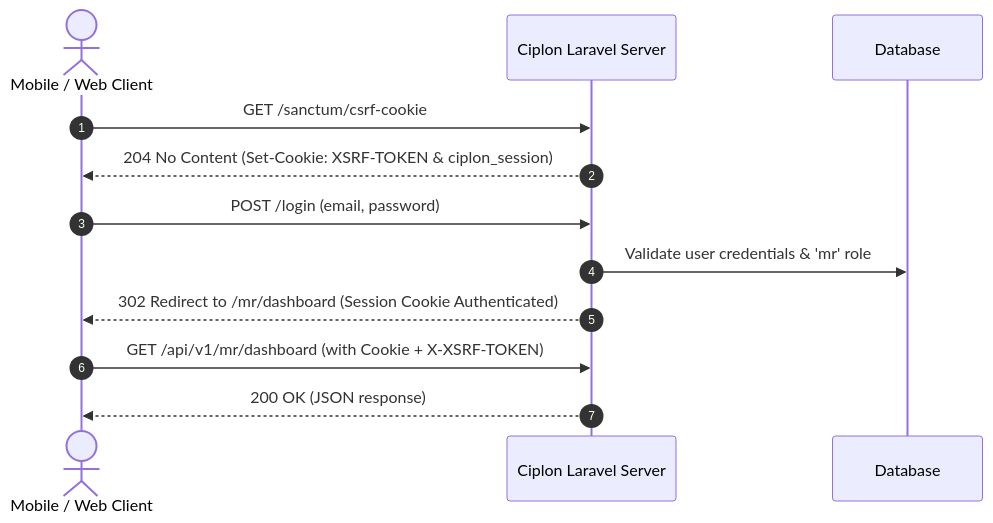
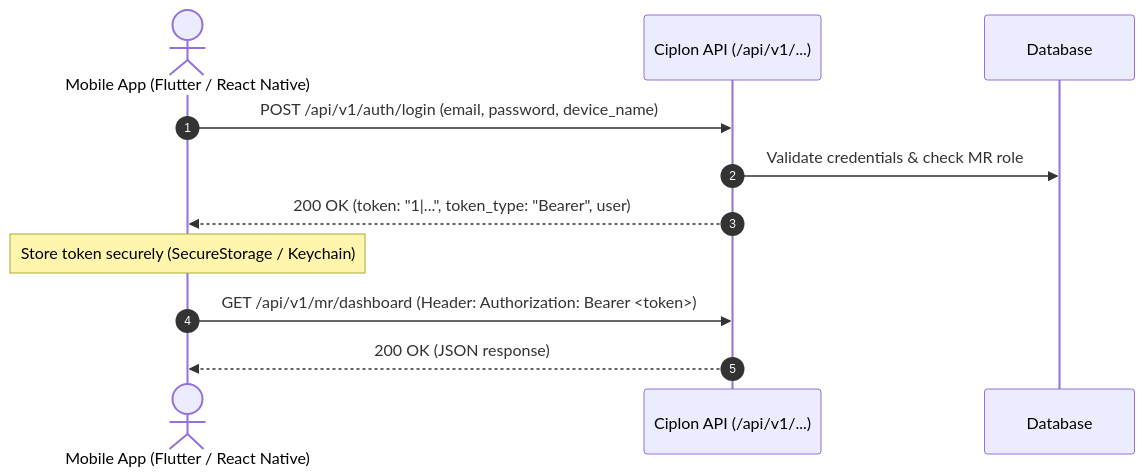
The diagram in API_DOCUMENTATION.md (Comestro/ciplon), drawn with Mermaid before and after one commit. The commit also changed other lines of this file and 5 other files, not shown here.

Commit message:
feat: implement Sanctum authentication API and documentation for mobile clients

````diff
--- a/API_DOCUMENTATION.md
+++ b/API_DOCUMENTATION.md
@@ -68,15 +70,14 @@
 ```mermaid
 sequenceDiagram
     autonumber
-    actor Client as Mobile / Web Client
-    participant App as Ciplon Laravel Server
+    actor Mobile as Mobile App (Flutter / React Native)
+    participant API as Ciplon API (/api/v1/...)
     participant DB as Database
 
-    Client->>App: GET /sanctum/csrf-cookie
-    App-->>Client: 204 No Content (Set-Cookie: XSRF-TOKEN & ciplon_session)
-    Client->>App: POST /login (email, password)
-    App->>DB: Validate user credentials & 'mr' role
-    App-->>Client: 302 Redirect to /mr/dashboard (Session Cookie Authenticated)
-    Client->>App: GET /api/v1/mr/dashboard (with Cookie + X-XSRF-TOKEN)
-    App-->>Client: 200 OK (JSON response)
+    Mobile->>API: POST /api/v1/auth/login (email, password, device_name)
+    API->>DB: Validate credentials & check MR role
+    API-->>Mobile: 200 OK (token: "1|...", token_type: "Bearer", user)
+    Note over Mobile: Store token securely (SecureStorage / Keychain)
+    Mobile->>API: GET /api/v1/mr/dashboard (Header: Authorization: Bearer <token>)
+    API-->>Mobile: 200 OK (JSON response)
 ```
````
